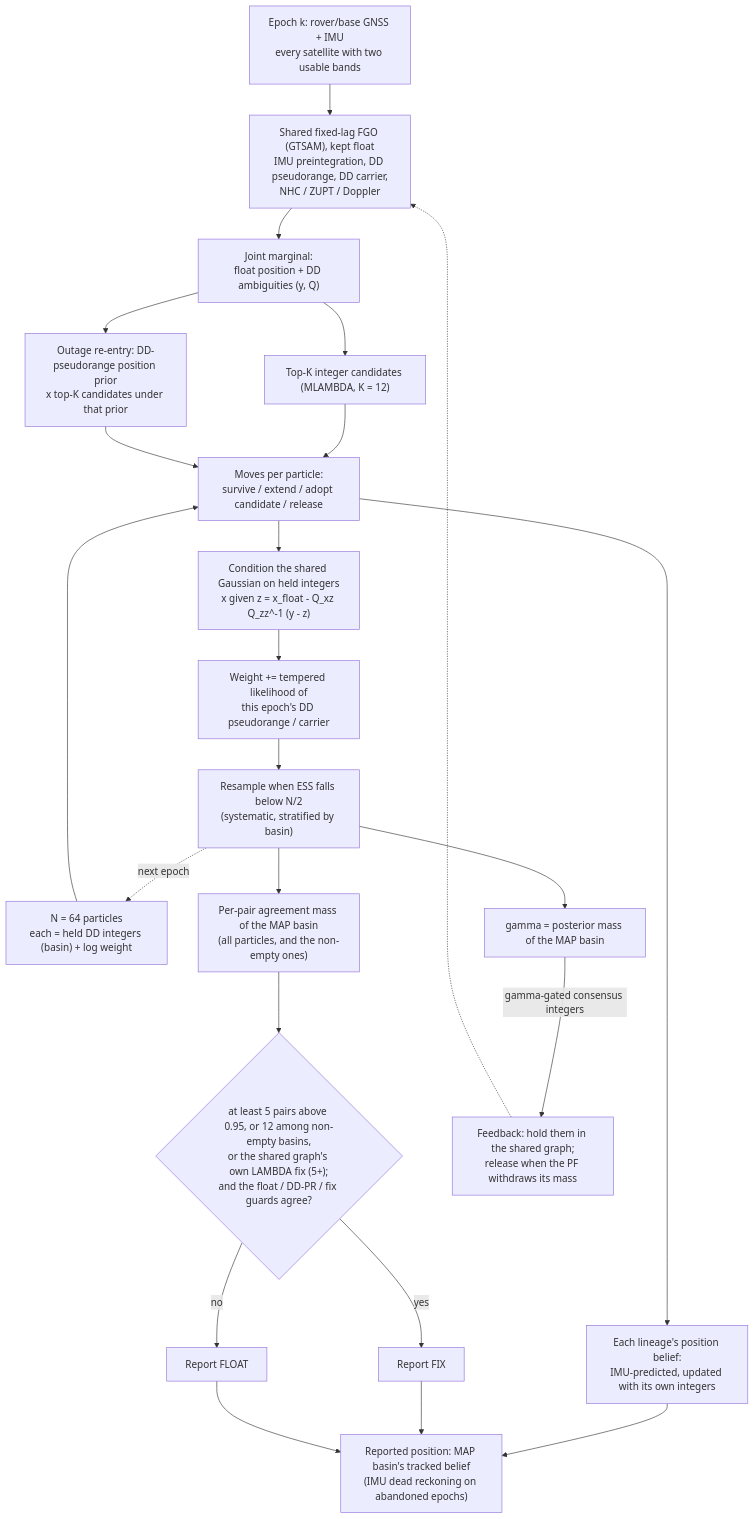
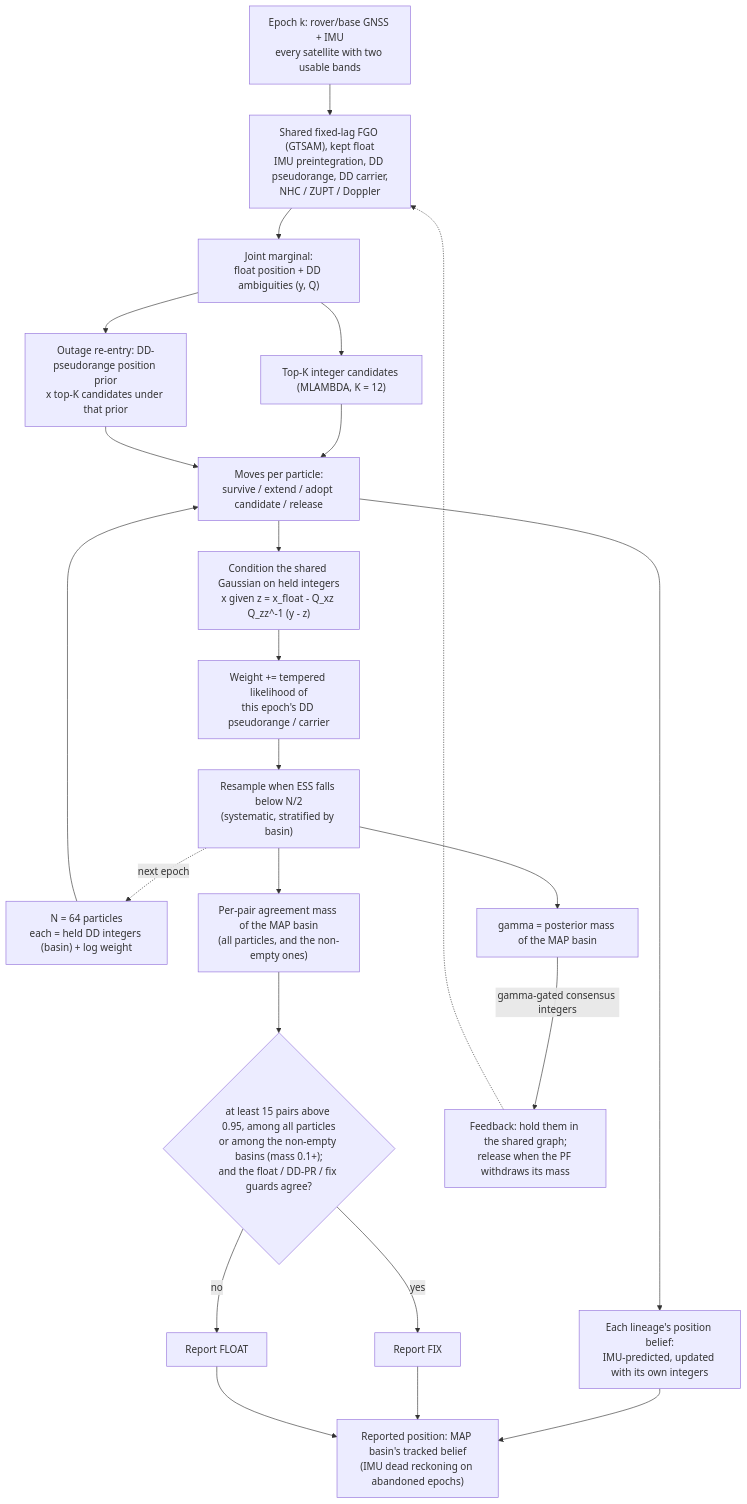
One commit to mfkiwl/gnss_gpu changed the first of 2 diagrams in README.md. Above: the diagram before and after it, drawn with Mermaid. The commit also changed other lines of this file and 8 other files, not shown here.

````diff
--- a/README.md
+++ b/README.md
@@ -98,25 +101,25 @@
 ```mermaid
 flowchart TD
     Obs["Epoch k: rover/base GNSS + IMU<br/>every satellite with two usable bands"] --> FGO["Shared fixed-lag FGO (GTSAM), kept float<br/>IMU preintegration, DD pseudorange, DD carrier,<br/>NHC / ZUPT / Doppler"]
     FGO --> Marg["Joint marginal:<br/>float position + DD ambiguities (y, Q)"]
     Marg --> Cand["Top-K integer candidates (MLAMBDA, K = 12)"]
     Marg --> Spawn["Outage re-entry: DD-pseudorange position prior<br/>x top-K candidates under that prior"]
     PF["N = 64 particles<br/>each = held DD integers (basin) + log weight"] --> Moves
     Cand --> Moves["Moves per particle:<br/>survive / extend / adopt candidate / release"]
     Spawn --> Moves
     Moves --> Cond["Condition the shared Gaussian on held integers<br/>x given z = x_float - Q_xz Q_zz^-1 (y - z)"]
     Cond --> W["Weight += tempered likelihood of<br/>this epoch's DD pseudorange / carrier"]
     W --> Res["Resample when ESS falls below N/2<br/>(systematic, stratified by basin)"]
     Res --> Gamma["gamma = posterior mass of the MAP basin"]
     Moves --> Track["Each lineage's position belief:<br/>IMU-predicted, updated with its own integers"]
     Res -. next epoch .-> PF
     Res --> Agree["Per-pair agreement mass of the MAP basin<br/>(all particles, and the non-empty ones)"]
-    Agree --> Dec{"at least 5 pairs above 0.95, or 12 among non-empty basins,<br/>or the shared graph's own LAMBDA fix (5+);<br/>and the float / DD-PR / fix guards agree?"}
+    Agree --> Dec{"at least 15 pairs above 0.95, among all particles<br/>or among the non-empty basins (mass 0.1+);<br/>and the float / DD-PR / fix guards agree?"}
     Dec -- yes --> Fix["Report FIX"]
     Dec -- no --> Flt["Report FLOAT"]
     Track --> Pos["Reported position: MAP basin's tracked belief<br/>(IMU dead reckoning on abandoned epochs)"]
     Fix --> Pos
     Flt --> Pos
     Gamma -- "gamma-gated consensus integers" --> FB["Feedback: hold them in the shared graph;<br/>release when the PF withdraws its mass"]
     FB -.-> FGO
 ```
````
